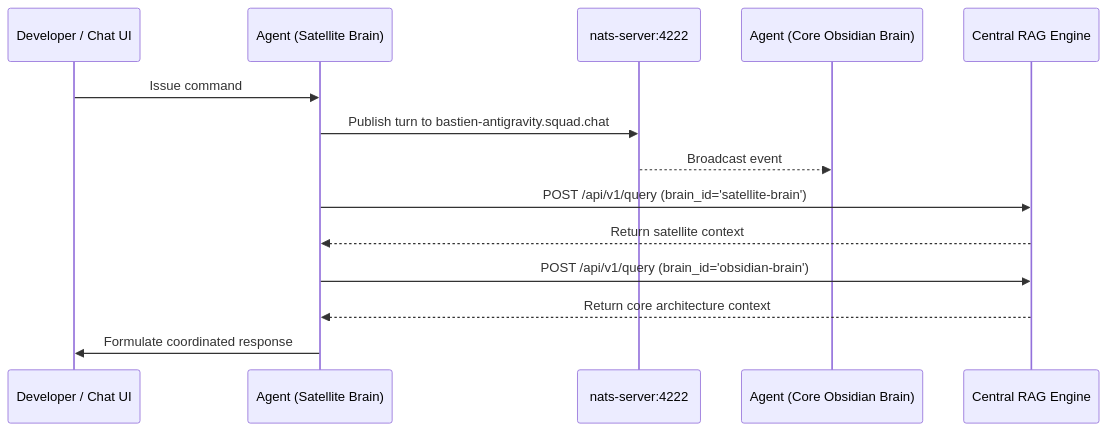
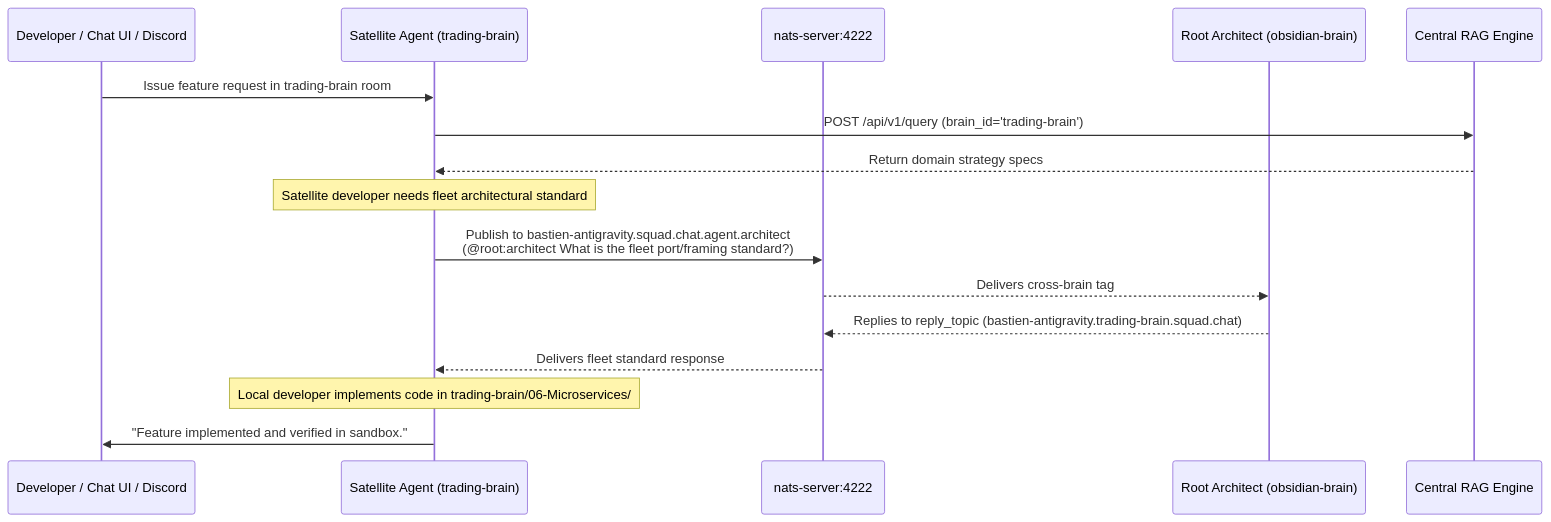
One commit to Bastien-Antigravity/tech-stack-brain changed the second of 2 diagrams in 02-Project-Architecture/13-Multi-Brain-Partitioning-and-Distributed-Squad-Standard.md. Above: the diagram before and after it, drawn with Mermaid. The commit also changed other lines of this file, not shown here.

Commit message:
refactor: update satellite brain Docker configuration and ecosystem integration architecture standards

````diff
--- a/02-Project-Architecture/13-Multi-Brain-Partitioning-and-Distributed-Squad-Standard.md
+++ b/02-Project-Architecture/13-Multi-Brain-Partitioning-and-Distributed-Squad-Standard.md
@@ -143,17 +148,19 @@
 ```mermaid
 sequenceDiagram
-    participant User as Developer / Chat UI
-    participant AgentA as Agent (Satellite Brain)
+    participant User as Developer / Chat UI / Discord
+    participant SatAgent as Satellite Agent (trading-brain)
     participant NATS as nats-server:4222
-    participant AgentB as Agent (Core Obsidian Brain)
+    participant RootArch as Root Architect (obsidian-brain)
     participant RAG as Central RAG Engine
 
-    User->>AgentA: Issue command
-    AgentA->>NATS: Publish turn to bastien-antigravity.squad.chat
-    NATS-->>AgentB: Broadcast event
-    AgentA->>RAG: POST /api/v1/query (brain_id='satellite-brain')
-    RAG-->>AgentA: Return satellite context
-    AgentA->>RAG: POST /api/v1/query (brain_id='obsidian-brain')
-    RAG-->>AgentA: Return core architecture context
-    AgentA->>User: Formulate coordinated response
+    User->>SatAgent: Issue feature request in trading-brain room
+    SatAgent->>RAG: POST /api/v1/query (brain_id='trading-brain')
+    RAG-->>SatAgent: Return domain strategy specs
+    Note over SatAgent: Satellite developer needs fleet architectural standard
+    SatAgent->>NATS: Publish to bastien-antigravity.squad.chat.agent.architect<br/>(@root:architect What is the fleet port/framing standard?)
+    NATS-->>RootArch: Delivers cross-brain tag
+    RootArch-->>NATS: Replies to reply_topic (bastien-antigravity.trading-brain.squad.chat)
+    NATS-->>SatAgent: Delivers fleet standard response
+    Note over SatAgent: Local developer implements code in trading-brain/06-Microservices/
+    SatAgent->>User: "Feature implemented and verified in sandbox."
 ```
````
